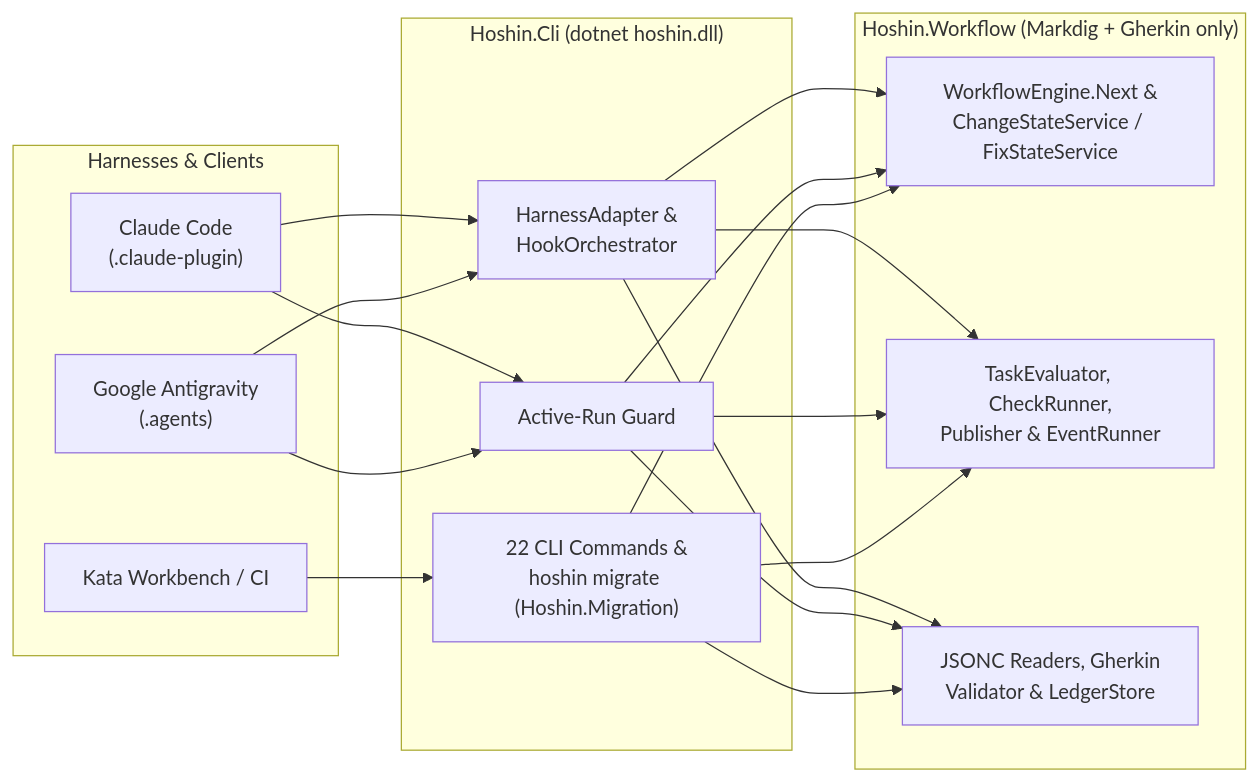
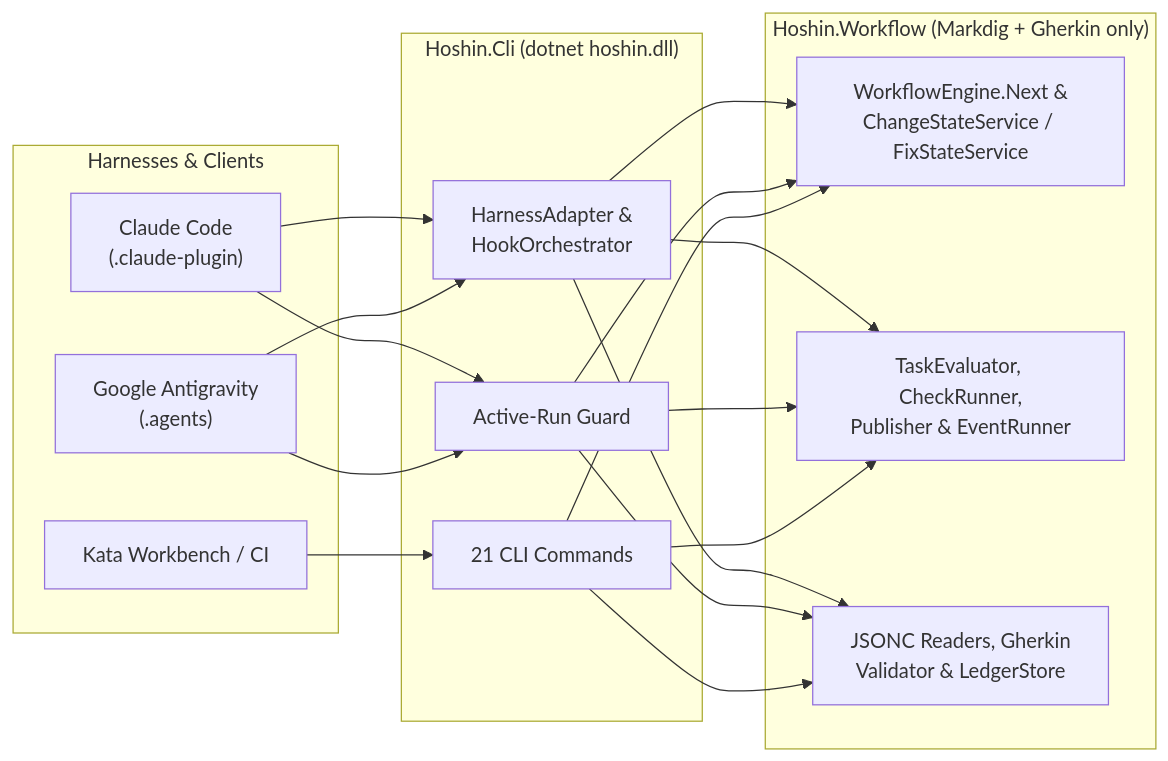
One commit to satish-krishna/Hoshin.Net changed the first of 2 diagrams in README.md. Above: the diagram before and after it, drawn with Mermaid. The commit also changed other lines of this file and 89 other files, not shown here.

````diff
--- a/README.md
+++ b/README.md
@@ -9,24 +9,24 @@
 ```mermaid
 flowchart LR
     subgraph Harnesses["Harnesses & Clients"]
         CC["Claude Code<br/>(.claude-plugin)"]
         AGY["Google Antigravity<br/>(.agents)"]
         CLI["Kata Workbench / CI"]
     end
 
     subgraph Program["Hoshin.Cli (dotnet hoshin.dll)"]
         HA["HarnessAdapter &<br/>HookOrchestrator"]
         GD["Active-Run Guard"]
-        CMDS["22 CLI Commands &<br/>hoshin migrate (Hoshin.Migration)"]
+        CMDS["21 CLI Commands"]
     end
 
     subgraph Core["Hoshin.Workflow (Markdig + Gherkin only)"]
         NEXT["WorkflowEngine.Next &<br/>ChangeStateService / FixStateService"]
         RUN["TaskEvaluator, CheckRunner,<br/>Publisher & EventRunner"]
         DOCS["JSONC Readers, Gherkin<br/>Validator & LedgerStore"]
     end
 
     CC & AGY --> HA & GD
     CLI --> CMDS
     HA & GD & CMDS --> NEXT & RUN & DOCS
 ```
````
